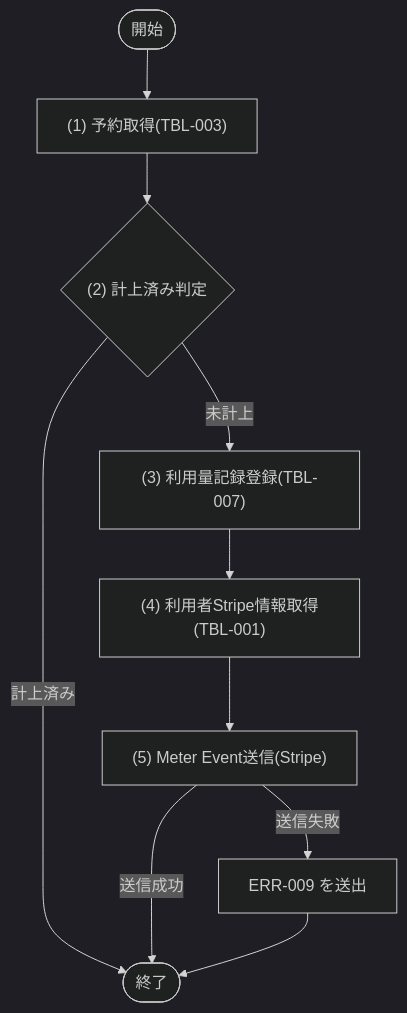
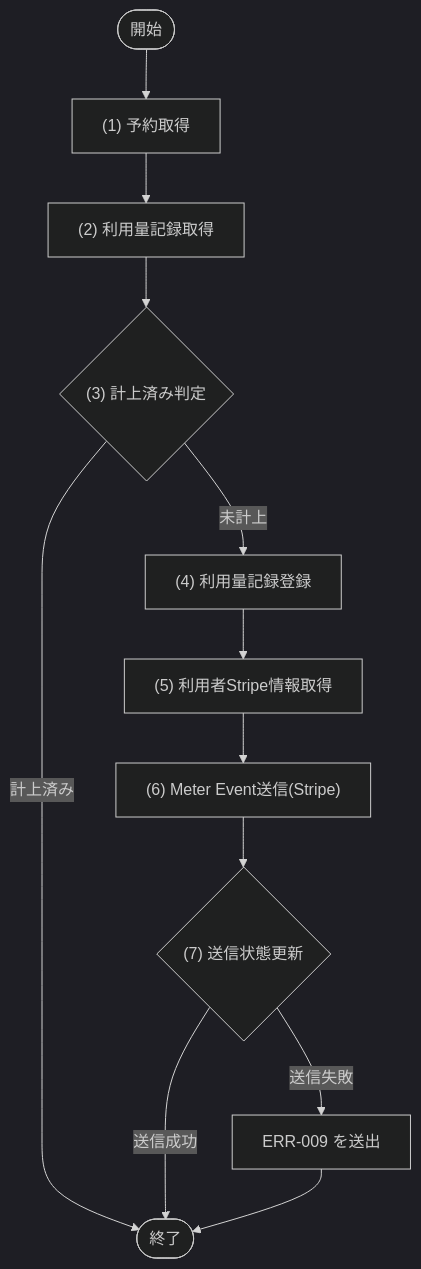
One commit to sikakou54/system-document-template changed the fourth of 5 diagrams in docs/02_機能設計/05_モジュール設計/MOD-007_課金サービス.md. Above: the diagram before and after it, drawn with Mermaid (dark theme). The commit also changed other lines of this file and 128 other files, not shown here.

````diff
--- a/docs/02_機能設計/05_モジュール設計/MOD-007_課金サービス.md
+++ b/docs/02_機能設計/05_モジュール設計/MOD-007_課金サービス.md
@@ -80,17 +375,19 @@
 ```mermaid
 flowchart TD
   Start([開始])
-  P1["(1) 予約取得(TBL-003)"]
-  D1{"(2) 計上済み判定"}
-  P2["(3) 利用量記録登録(TBL-007)"]
-  P3["(4) 利用者Stripe情報取得(TBL-001)"]
-  P4["(5) Meter Event送信(Stripe)"]
+  P1["(1) 予約取得"]
+  P2["(2) 利用量記録取得"]
+  D1{"(3) 計上済み判定"}
+  P3["(4) 利用量記録登録"]
+  P4["(5) 利用者Stripe情報取得"]
+  P5["(6) Meter Event送信(Stripe)"]
+  D2{"(7) 送信状態更新"}
   E1["ERR-009 を送出"]
   End([終了])
 
-  Start --> P1 --> D1
+  Start --> P1 --> P2 --> D1
   D1 -- "計上済み" --> End
-  D1 -- "未計上" --> P2 --> P3 --> P4
-  P4 -- "送信成功" --> End
-  P4 -- "送信失敗" --> E1 --> End
+  D1 -- "未計上" --> P3 --> P4 --> P5 --> D2
+  D2 -- "送信成功" --> End
+  D2 -- "送信失敗" --> E1 --> End
 ```
````
